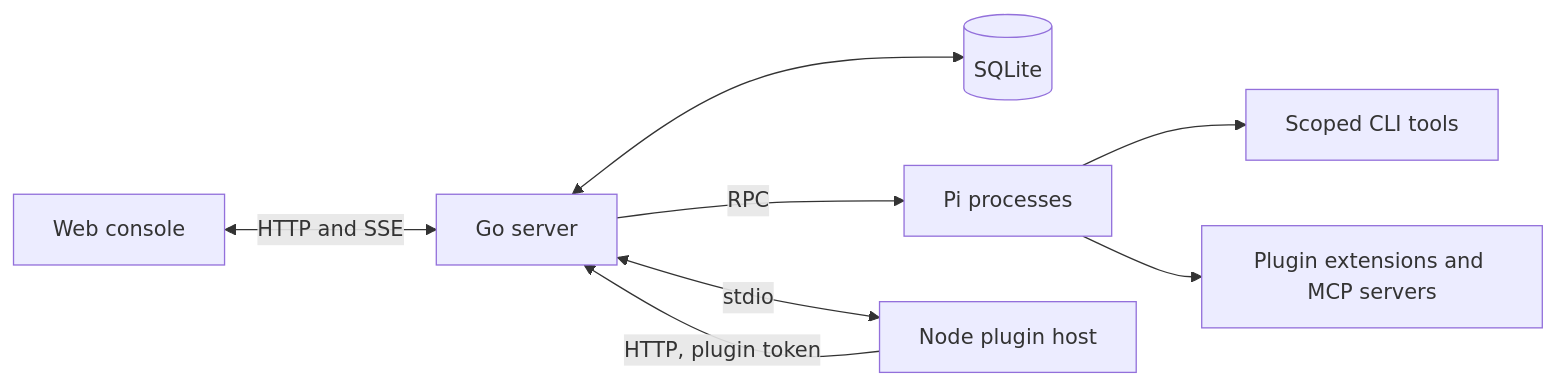
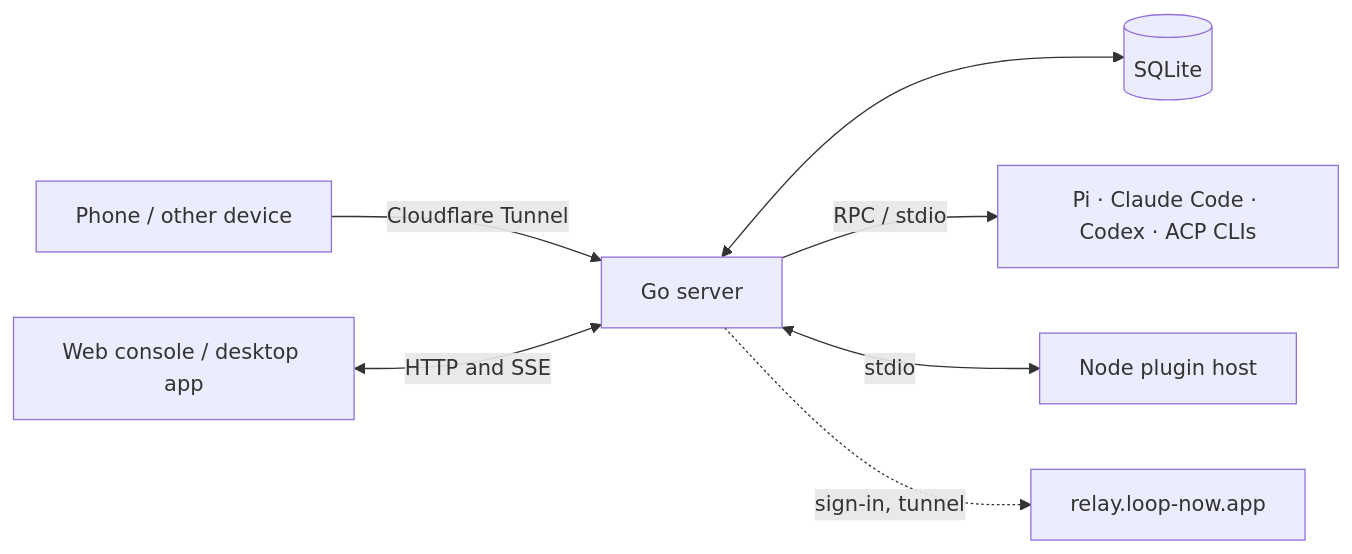
One commit to AI-for-anyone/loop-now changed the diagram in README.md. Above: the diagram before and after it, drawn with Mermaid. The commit also changed other lines of this file and 2 other files, not shown here.

````diff
--- a/README.md
+++ b/README.md
@@ -304,10 +226,9 @@
 ```mermaid
 flowchart LR
-    UI[Web console] <-->|HTTP and SSE| Server[Go server]
+    Phone[Phone / other device] -->|Cloudflare Tunnel| Server
+    UI[Web console / desktop app] <-->|HTTP and SSE| Server[Go server]
     Server <--> DB[(SQLite)]
-    Server -->|RPC| Pi[Pi processes]
+    Server -->|RPC / stdio| Runtimes[Pi · Claude Code · Codex · ACP CLIs]
     Server <-->|stdio| Host[Node plugin host]
-    Host -->|HTTP, plugin token| Server
-    Pi --> CLI[Scoped CLI tools]
-    Pi --> Ext[Plugin extensions and MCP servers]
+    Server -.->|sign-in, tunnel| Relay[relay.loop-now.app]
 ```
````
